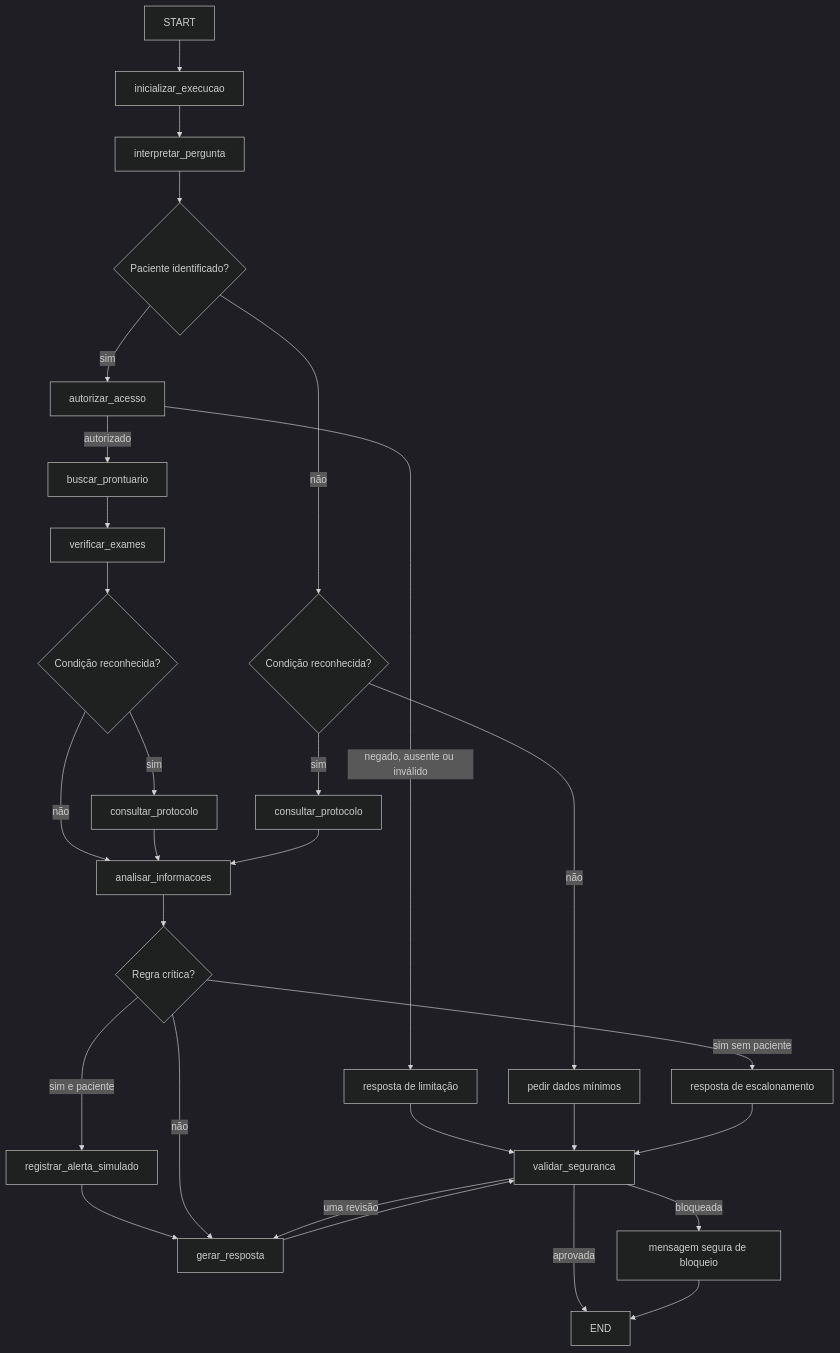
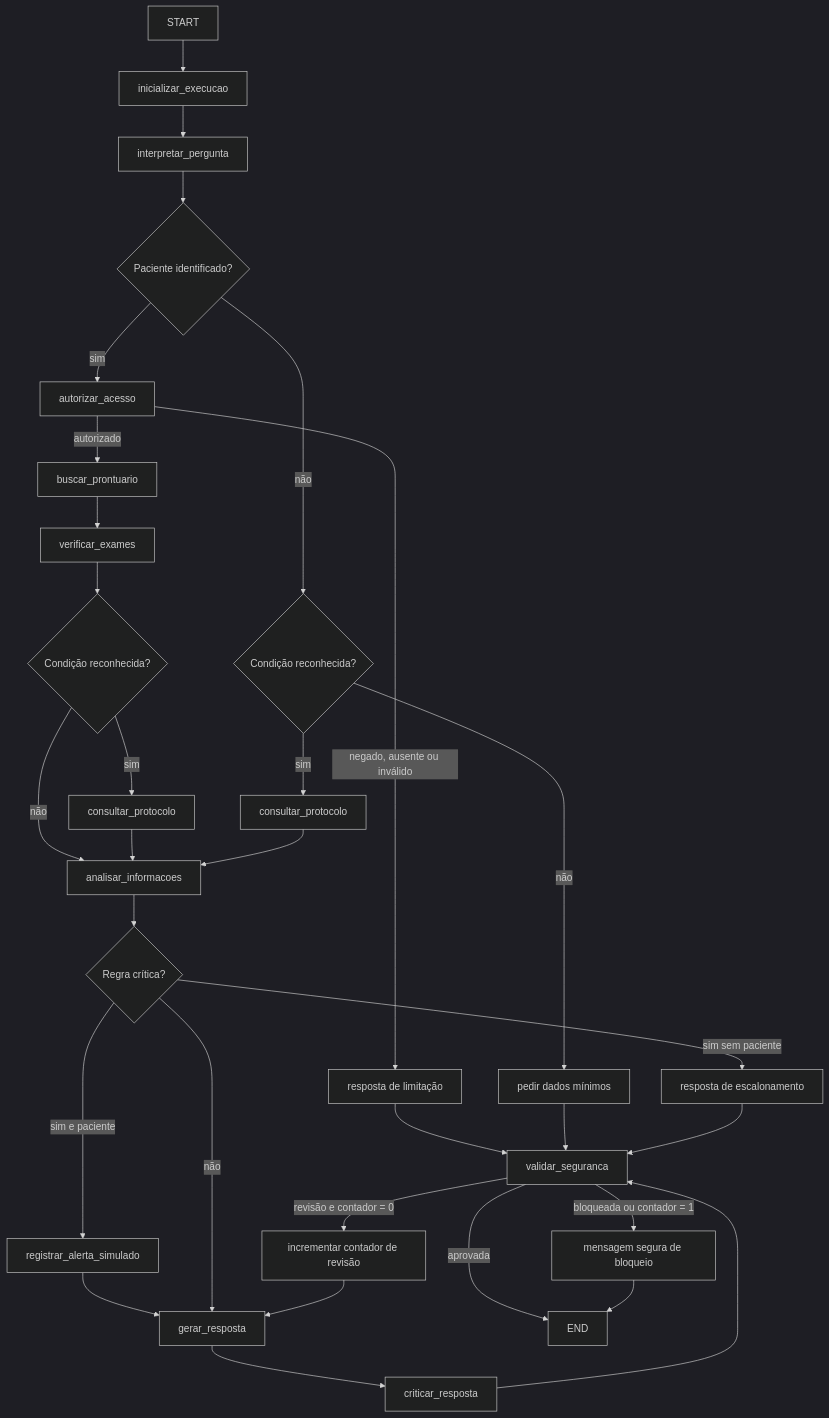
The first of 3 diagrams in docs/design-doc-langgraph.md (AraujoAlan/TechV3), drawn with Mermaid (dark theme) before and after one commit. The commit also changed other lines of this file, not shown here.

```diff
--- a/docs/design-doc-langgraph.md
+++ b/docs/design-doc-langgraph.md
@@ -139,27 +162,28 @@
 ~~~mermaid
 flowchart TD
   START --> init[inicializar_execucao] --> interpret[interpretar_pergunta]
   interpret --> patient{Paciente identificado?}
   patient -->|sim| auth[autorizar_acesso]
   auth -->|negado, ausente ou inválido| limited[resposta de limitação]
   auth -->|autorizado| record[buscar_prontuario] --> exams[verificar_exames]
   patient -->|não| condition{Condição reconhecida?}
   condition -->|não| clarify[pedir dados mínimos]
   condition -->|sim| protocol_general[consultar_protocolo]
   exams --> condition_after_record{Condição reconhecida?}
   condition_after_record -->|sim| protocol[consultar_protocolo]
   condition_after_record -->|não| analysis[analisar_informacoes]
   protocol --> analysis
   protocol_general --> analysis
   analysis --> critical{Regra crítica?}
   critical -->|sim e paciente| alert[registrar_alerta_simulado] --> answer[gerar_resposta]
   critical -->|sim sem paciente| escalation[resposta de escalonamento]
   critical -->|não| answer
-  answer --> safety[validar_seguranca]
+  answer --> critic[criticar_resposta]
+  critic --> safety[validar_seguranca]
   limited --> safety
   clarify --> safety
   escalation --> safety
   safety -->|aprovada| END
-  safety -->|uma revisão| answer
-  safety -->|bloqueada| blocked[mensagem segura de bloqueio] --> END
+  safety -->|revisão e contador = 0| revise[incrementar contador de revisão] --> answer
+  safety -->|bloqueada ou contador = 1| blocked[mensagem segura de bloqueio] --> END
 ~~~
```
